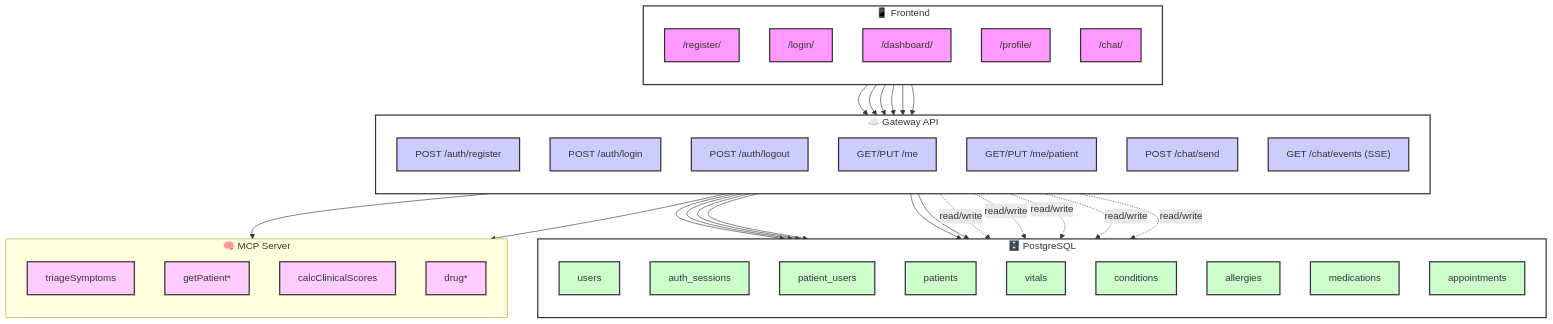
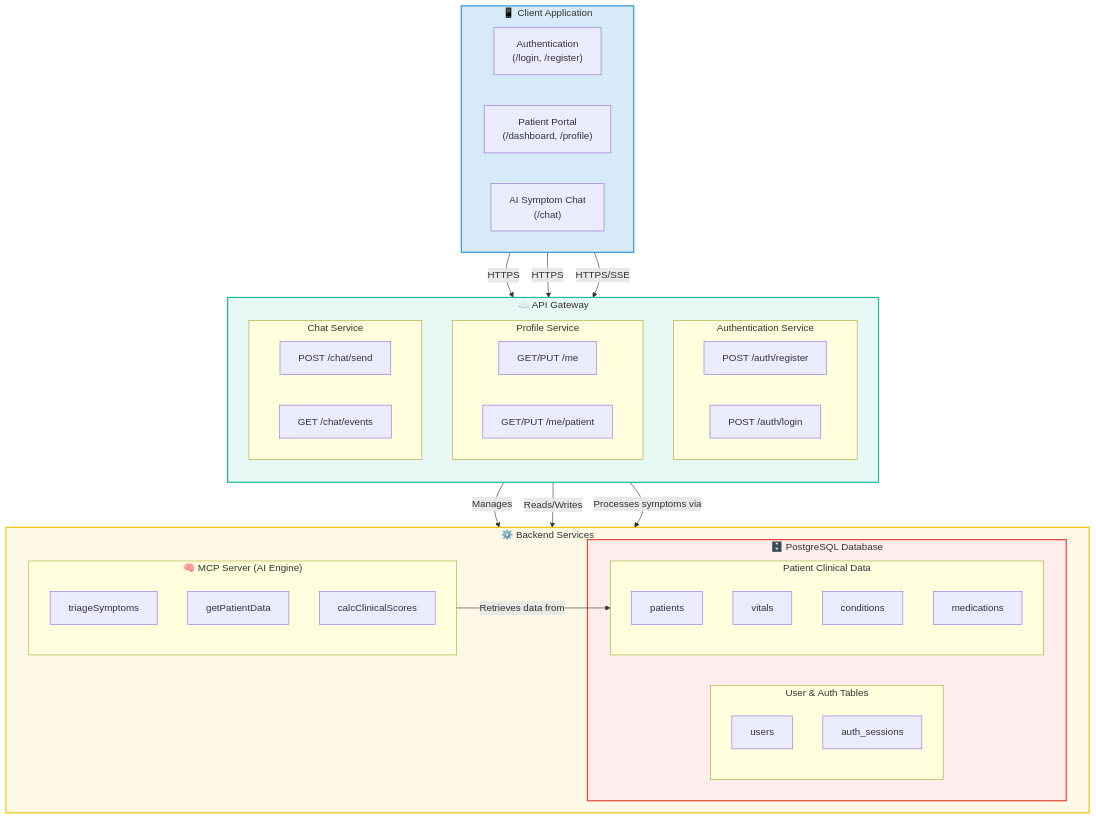
The diagram in README.md (ruslanmv/medical-ai-hospital), drawn with Mermaid before and after one commit.

````diff
--- a/README.md
+++ b/README.md
@@ -49,95 +49,84 @@
 ```mermaid
 flowchart TD
-%% CSS classes
-classDef layer fill:#fff,stroke:#333,stroke-width:2px,color:#333;
-classDef fe fill:#f9f,stroke:#333,stroke-width:2px;
-classDef gw fill:#ccf,stroke:#333,stroke-width:2px;
-classDef db fill:#cfc,stroke:#333,stroke-width:2px;
-classDef mcp fill:#fcf,stroke:#333,stroke-width:2px;
+    %% --- Diagram Title ---
+    %% title Detailed Application Architecture
 
-%% ─────────────────────────────────────────────────────────────────────
-%% Frontend
-%% ─────────────────────────────────────────────────────────────────────
-subgraph FE["📱 Frontend"]
-direction TB
-R["/register/"]
-L["/login/"]
-D["/dashboard/"]
-P["/profile/"]
-C["/chat/"]
-end
-class FE layer; class R,L,D,P,C fe;
+    %% --- Style Definitions ---
+    classDef client fill:#D6EAF8,stroke:#3498DB,stroke-width:2px;
+    classDef gateway fill:#E8F8F5,stroke:#1ABC9C,stroke-width:2px;
+    classDef services fill:#FEF9E7,stroke:#F1C40F,stroke-width:2px;
+    classDef database fill:#FDEDEC,stroke:#E74C3C,stroke-width:2px;
+    classDef ai_engine fill:#F4ECF7,stroke:#8E44AD,stroke-width:2px;
 
-%% ─────────────────────────────────────────────────────────────────────
-%% Gateway API
-%% ─────────────────────────────────────────────────────────────────────
-subgraph GW["☁️ Gateway API"]
-direction TB
-A1["POST /auth/register"]
-A2["POST /auth/login"]
-A3["POST /auth/logout"]
-M1["GET/PUT /me"]
-M2["GET/PUT /me/patient"]
-CH1["POST /chat/send"]
-CH2["GET /chat/events (SSE)"]
-end
-class GW layer; class A1,A2,A3,M1,M2,CH1,CH2 gw;
+    %% --- Layer 1: Client Application ---
+    subgraph FE["📱 Client Application"]
+        direction LR
+        AuthViews["Authentication</br>(/login, /register)"]
+        ProfileViews["Patient Portal</br>(/dashboard, /profile)"]
+        ChatView["AI Symptom Chat</br>(/chat)"]
+    end
+    class FE client;
 
-%% ─────────────────────────────────────────────────────────────────────
-%% PostgreSQL
-%% ─────────────────────────────────────────────────────────────────────
-subgraph DB["🗄️ PostgreSQL"]
-direction TB
-U["users"]
-S["auth_sessions"]
-PU["patient_users"]
-PT["patients"]
-VT["vitals"]
-CD["conditions"]
-AL["allergies"]
-MD["medications"]
-AP["appointments"]
-end
-class DB layer; class U,S,PU,PT,VT,CD,AL,MD,AP db;
+    %% --- Layer 2: API Gateway ---
+    subgraph GW["☁️ API Gateway"]
+        direction TB
+        subgraph AuthEndpoints["Authentication Service"]
+            direction LR
+            A1["POST /auth/register"]
+            A2["POST /auth/login"]
+        end
+        subgraph ProfileEndpoints["Profile Service"]
+            direction LR
+            M1["GET/PUT /me"]
+            M2["GET/PUT /me/patient"]
+        end
+        subgraph ChatEndpoints["Chat Service"]
+            direction LR
+            CH1["POST /chat/send"]
+            CH2["GET /chat/events"]
+        end
+    end
+    class GW gateway;
 
-%% ─────────────────────────────────────────────────────────────────────
-%% MCP Server
-%% ─────────────────────────────────────────────────────────────────────
-subgraph MCP["🧠 MCP Server"]
-direction TB
-T1["triageSymptoms"]
-T2["getPatient*"]
-T3["calcClinicalScores"]
-T4["drug*"]
-end
-class MCP layer; class T1,T2,T3,T4 mcp;
+    %% --- Layer 3: Backend Services ---
+    subgraph Backend["⚙️ Backend Services"]
+        direction LR
+        subgraph MCP["🧠 MCP Server (AI Engine)"]
+            T1["triageSymptoms"]
+            T2["getPatientData"]
+            T3["calcClinicalScores"]
+        end
+        class MCP ai_engine;
 
-%% ─────────────────────────────────────────────────────────────────────
-%% Flows: Frontend → Gateway
-%% ─────────────────────────────────────────────────────────────────────
-R --> A1
-L --> A2
-D --> M1
-P --> M2
-C --> CH1
-C --> CH2
+        subgraph DB["🗄️ PostgreSQL Database"]
+            subgraph UserData["User & Auth Tables"]
+                direction TB
+                U["users"]
+                S["auth_sessions"]
+            end
+            subgraph PatientData["Patient Clinical Data"]
+                direction TB
+                PT["patients"]
+                VT["vitals"]
+                CD["conditions"]
+                MD["medications"]
+            end
+        end
+        class DB database;
+    end
+    class Backend services;
 
-%% ─────────────────────────────────────────────────────────────────────
-%% Gateway → DB (auth + profile) and Gateway → MCP (chat)
-%% ─────────────────────────────────────────────────────────────────────
-A1 --> U
-A2 --> S
-A3 --> S
-M1 --> U
-M2 --> PT
-M2 --> PU
-CH1 --> MCP
-CH2 --> MCP
+    %% --- Define Flows ---
+    %% Client -> Gateway
+    AuthViews -- "HTTPS" --> AuthEndpoints;
+    ProfileViews -- "HTTPS" --> ProfileEndpoints;
+    ChatView -- "HTTPS/SSE" --> ChatEndpoints;
 
-%% Gateway also reads/writes clinical tables
-M2 -. read/write .-> PT
-M2 -. read/write .-> CD
-M2 -. read/write .-> AL
-M2 -. read/write .-> MD
-M2 -. read/write .-> AP
+    %% Gateway -> Backend Services
+    AuthEndpoints -- "Manages" --> UserData;
+    ProfileEndpoints -- "Reads/Writes" --> PatientData;
+    ChatEndpoints -- "Processes symptoms via" --> MCP;
+
+    %% Internal Backend Flow
+    MCP -- "Retrieves data from" --> PatientData;
 ```
````
